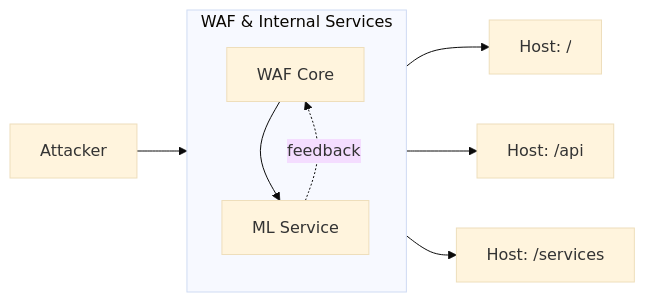
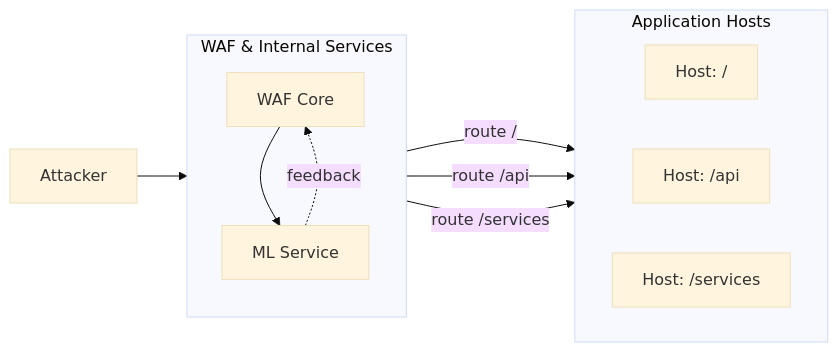
One commit to siteslave/nurada-waf changed the first of 2 diagrams in README.md. Above: the diagram before and after it, drawn with Mermaid (base theme).

Commit message:
Refine Mermaid diagram by organizing application hosts into a subgraph for better clarity

````diff
--- a/README.md
+++ b/README.md
@@ -36,16 +36,23 @@
 ```mermaid
 flowchart LR
   A[Attacker] --> W
 
   subgraph S[WAF & Internal Services]
     direction TB
     W[WAF Core]
     ML[ML Service]
     W --> ML
     ML -. feedback .-> W
   end
 
-  W --> H1[Host: /]
-  W --> H2[Host: /api]
-  W --> H3[Host: /services]
+  subgraph T[Application Hosts]
+    direction LR
+    H1[Host: /]
+    H2[Host: /api]
+    H3[Host: /services]
+  end
+
+  W -->|route /| H1
+  W -->|route /api| H2
+  W -->|route /services| H3
 ```
````
